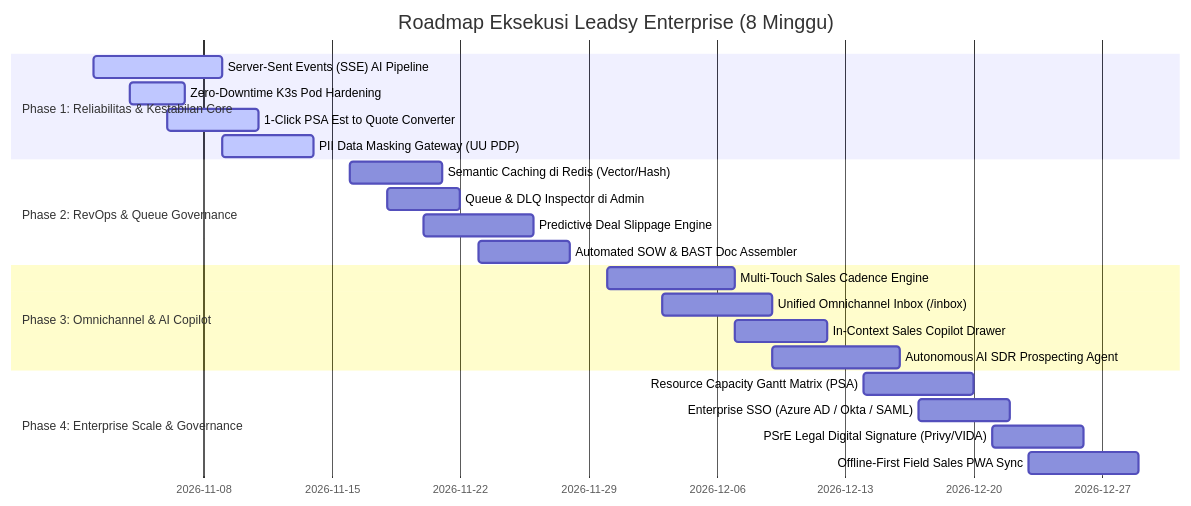
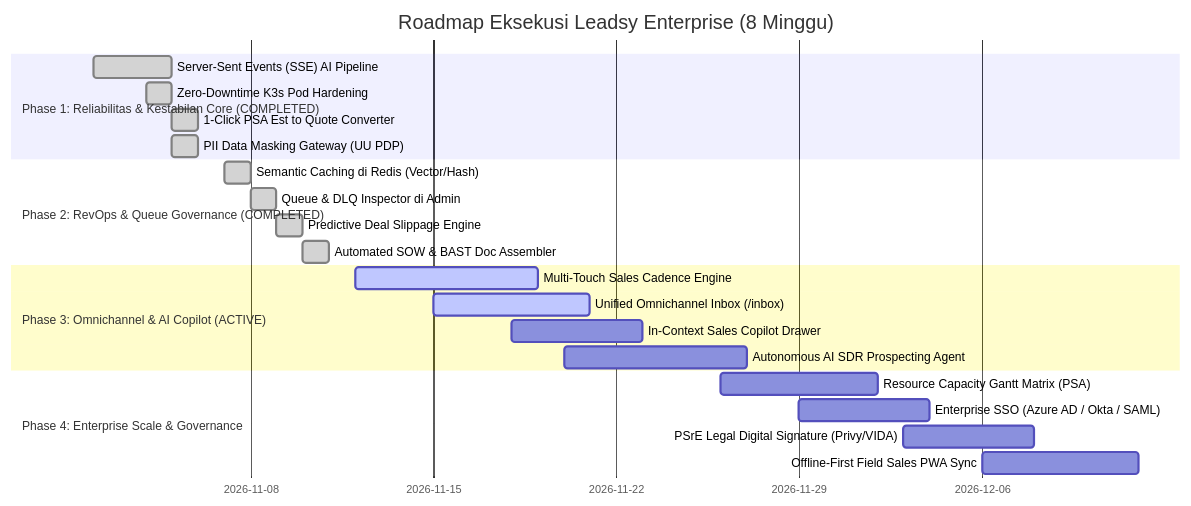
The diagram in docs/strategy/enterprise-execution-roadmap-sprint-1-to-4.md (kodratsantoso/Leadsy), drawn with Mermaid before and after one commit. The commit also changed other lines of this file, not shown here.

Commit message:
docs(roadmap): update execution plan timeline marking Sprint 1 and 2 as completed

````diff
--- a/docs/strategy/enterprise-execution-roadmap-sprint-1-to-4.md
+++ b/docs/strategy/enterprise-execution-roadmap-sprint-1-to-4.md
@@ -11,28 +16,28 @@
 ```mermaid
 gantt
     title Roadmap Eksekusi Leadsy Enterprise (8 Minggu)
     dateFormat  YYYY-MM-DD
-    section Phase 1: Reliabilitas & Kestabilan Core
-    Server-Sent Events (SSE) AI Pipeline     :active, p1_1, 2026-11-02, 7d
-    Zero-Downtime K3s Pod Hardening         :active, p1_2, 2026-11-04, 3d
-    1-Click PSA Est to Quote Converter       :active, p1_3, 2026-11-06, 5d
-    PII Data Masking Gateway (UU PDP)       :active, p1_4, 2026-11-09, 5d
+    section Phase 1: Reliabilitas & Kestabilan Core (COMPLETED)
+    Server-Sent Events (SSE) AI Pipeline     :done, p1_1, 2026-11-02, 2026-11-05
+    Zero-Downtime K3s Pod Hardening         :done, p1_2, 2026-11-04, 2026-11-05
+    1-Click PSA Est to Quote Converter       :done, p1_3, 2026-11-05, 2026-11-06
+    PII Data Masking Gateway (UU PDP)       :done, p1_4, 2026-11-05, 2026-11-06
 
-    section Phase 2: RevOps & Queue Governance
-    Semantic Caching di Redis (Vector/Hash)  :p2_1, 2026-11-16, 5d
-    Queue & DLQ Inspector di Admin           :p2_2, 2026-11-18, 4d
-    Predictive Deal Slippage Engine          :p2_3, 2026-11-20, 6d
-    Automated SOW & BAST Doc Assembler       :p2_4, 2026-11-23, 5d
+    section Phase 2: RevOps & Queue Governance (COMPLETED)
+    Semantic Caching di Redis (Vector/Hash)  :done, p2_1, 2026-11-07, 2026-11-08
+    Queue & DLQ Inspector di Admin           :done, p2_2, 2026-11-08, 2026-11-09
+    Predictive Deal Slippage Engine          :done, p2_3, 2026-11-09, 2026-11-10
+    Automated SOW & BAST Doc Assembler       :done, p2_4, 2026-11-10, 2026-11-11
 
-    section Phase 3: Omnichannel & AI Copilot
-    Multi-Touch Sales Cadence Engine        :p3_1, 2026-11-30, 7d
-    Unified Omnichannel Inbox (/inbox)       :p3_2, 2026-12-03, 6d
-    In-Context Sales Copilot Drawer          :p3_3, 2026-12-07, 5d
-    Autonomous AI SDR Prospecting Agent      :p3_4, 2026-12-09, 7d
+    section Phase 3: Omnichannel & AI Copilot (ACTIVE)
+    Multi-Touch Sales Cadence Engine        :active, p3_1, 2026-11-12, 7d
+    Unified Omnichannel Inbox (/inbox)       :active, p3_2, 2026-11-15, 6d
+    In-Context Sales Copilot Drawer          :p3_3, 2026-11-18, 5d
+    Autonomous AI SDR Prospecting Agent      :p3_4, 2026-11-20, 7d
 
     section Phase 4: Enterprise Scale & Governance
-    Resource Capacity Gantt Matrix (PSA)     :p4_1, 2026-12-14, 6d
-    Enterprise SSO (Azure AD / Okta / SAML)  :p4_2, 2026-12-17, 5d
-    PSrE Legal Digital Signature (Privy/VIDA):p4_3, 2026-12-21, 5d
-    Offline-First Field Sales PWA Sync       :p4_4, 2026-12-23, 6d
+    Resource Capacity Gantt Matrix (PSA)     :p4_1, 2026-11-26, 6d
+    Enterprise SSO (Azure AD / Okta / SAML)  :p4_2, 2026-11-29, 5d
+    PSrE Legal Digital Signature (Privy/VIDA):p4_3, 2026-12-03, 5d
+    Offline-First Field Sales PWA Sync       :p4_4, 2026-12-06, 6d
 ```
````
